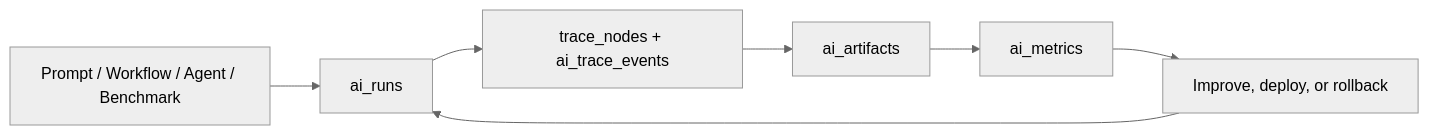
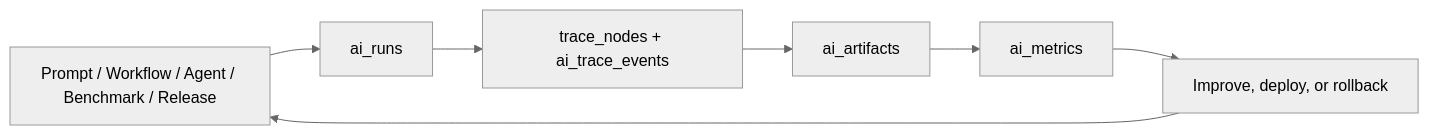
Before and after one commit to obone410/AI-Prompt-Management-Platform: the diagram in README.md, drawn with Mermaid (neutral theme). The commit also changed other lines of this file, not shown here.

````diff
--- a/README.md
+++ b/README.md
@@ -49,9 +68,9 @@
 ```mermaid
 flowchart LR
-  Prompt["Prompt / Workflow / Agent / Benchmark"] --> Run["ai_runs"]
+  Surface["Prompt / Workflow / Agent / Benchmark / Release"] --> Run["ai_runs"]
   Run --> Trace["trace_nodes + ai_trace_events"]
   Trace --> Artifact["ai_artifacts"]
   Artifact --> Metric["ai_metrics"]
   Metric --> Improve["Improve, deploy, or rollback"]
-  Improve --> Run
+  Improve --> Surface
 ```
````
